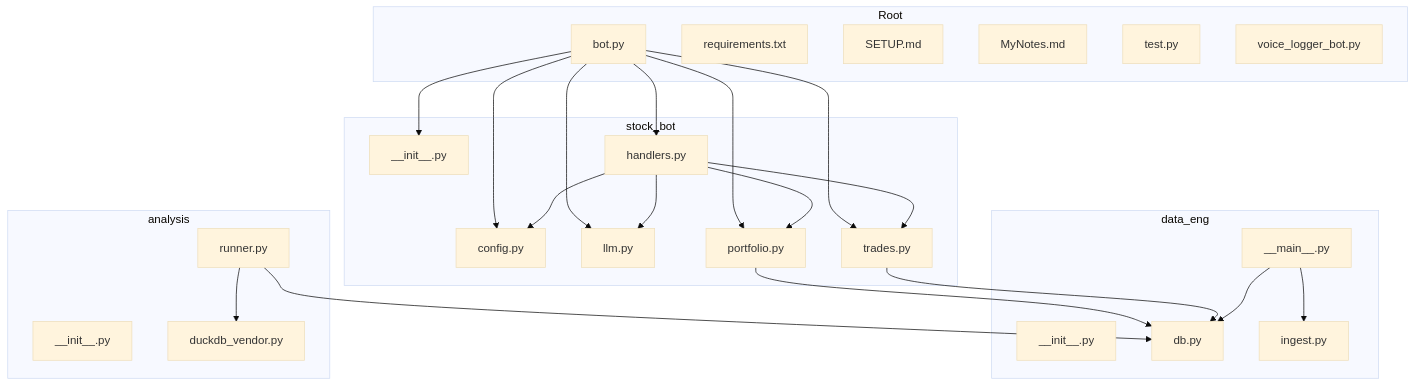
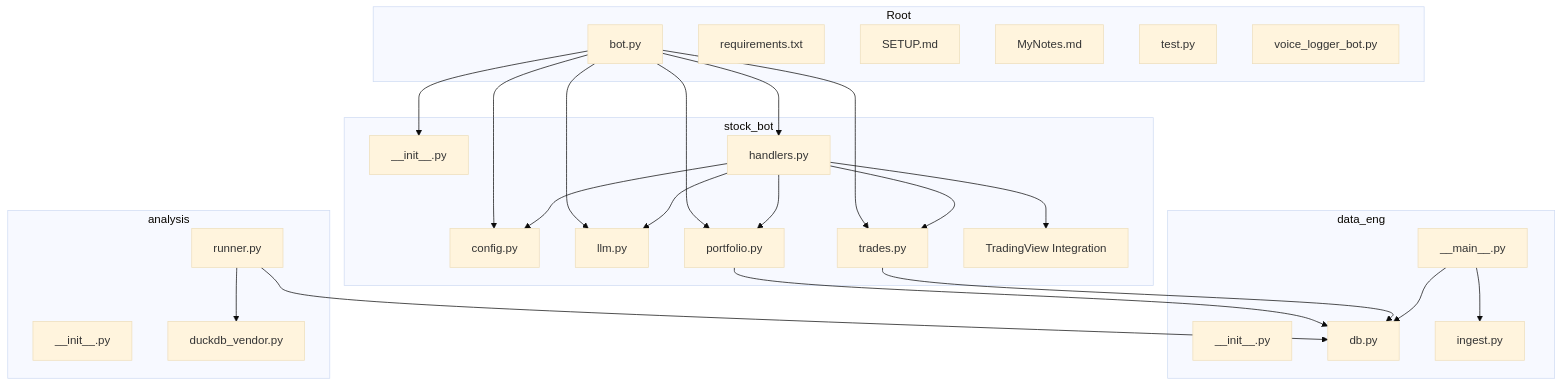
One commit to ZengSeng/telegram-bot changed the first of 4 diagrams in .qoder/repowiki/en/content/Core Components/Stock Trading Bot.md. Above: the diagram before and after it, drawn with Mermaid (base theme). The commit also changed other lines of this file and 24 other files, not shown here.

````diff
--- a/.qoder/repowiki/en/content/Core Components/Stock Trading Bot.md
+++ b/.qoder/repowiki/en/content/Core Components/Stock Trading Bot.md
@@ -48,46 +58,48 @@
 ```mermaid
 graph TB
 subgraph "Root"
 BOT["bot.py"]
 REQ["requirements.txt"]
 SETUP["SETUP.md"]
 NOTES["MyNotes.md"]
 TEST["test.py"]
 VOICE["voice_logger_bot.py"]
 end
 subgraph "stock_bot"
 SB_INIT["__init__.py"]
 CFG["config.py"]
 HND["handlers.py"]
 LLM["llm.py"]
 PORTFOLIO["portfolio.py"]
 TRADES["trades.py"]
+TV_INTEGRATION["TradingView Integration"]
 end
 subgraph "data_eng"
 DE_INIT["__init__.py"]
 DE_MAIN["__main__.py"]
 DB["db.py"]
 INGEST["ingest.py"]
 end
 subgraph "analysis"
 AN_INIT["__init__.py"]
 DUCK["duckdb_vendor.py"]
 RUN["runner.py"]
 end
 BOT --> SB_INIT
 BOT --> HND
 BOT --> CFG
 BOT --> LLM
 BOT --> PORTFOLIO
 BOT --> TRADES
 HND --> PORTFOLIO
 HND --> TRADES
 HND --> LLM
 HND --> CFG
+HND --> TV_INTEGRATION
 PORTFOLIO --> DB
 TRADES --> DB
 DE_MAIN --> INGEST
 DE_MAIN --> DB
 RUN --> DUCK
 RUN --> DB
 ```
````
